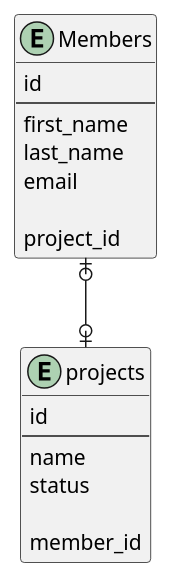
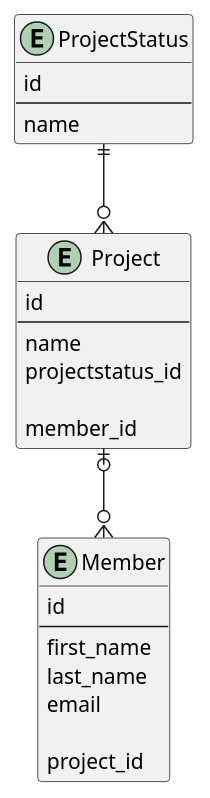
One commit to olavhl/HttpServer changed the diagram in docs/database_structure.puml. Above: the diagram before and after it, drawn with PlantUML. The commit also changed 1 other file, not shown here.

Commit message:
Wokring on UML and updating README.md (Resolves #9)

```diff
--- a/docs/database_structure.puml
+++ b/docs/database_structure.puml
@@ -1,26 +1,33 @@
 @startuml
 
-entity Members {
+entity Member {
     id
     --
     first_name
     last_name
     email
 
     project_id
 }
 
-entity projects {
+entity Project {
     id
     --
     name
-    status
+    projectstatus_id
 
     member_id
 }
 
+entity ProjectStatus {
+    id
+    --
+    name
+}
 
-Members |o--o| projects
+
+Project |o--o{ Member
+ProjectStatus ||--o{ Project
 
 
 @enduml
```
